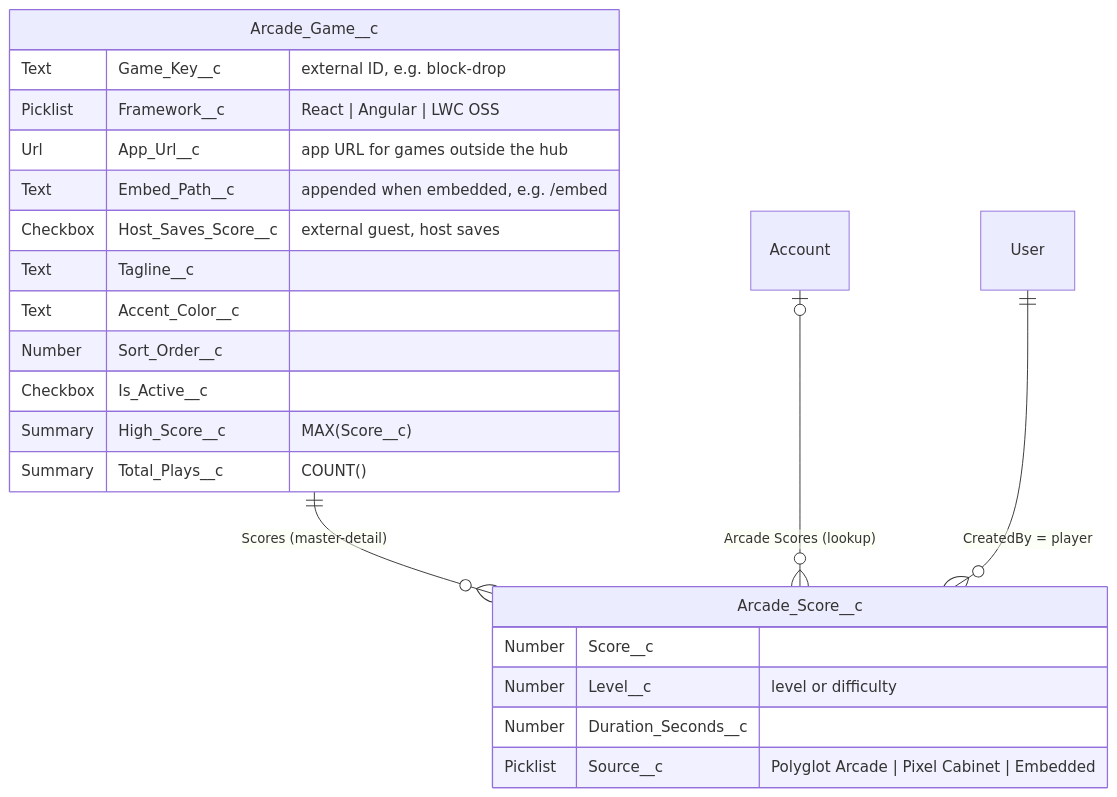
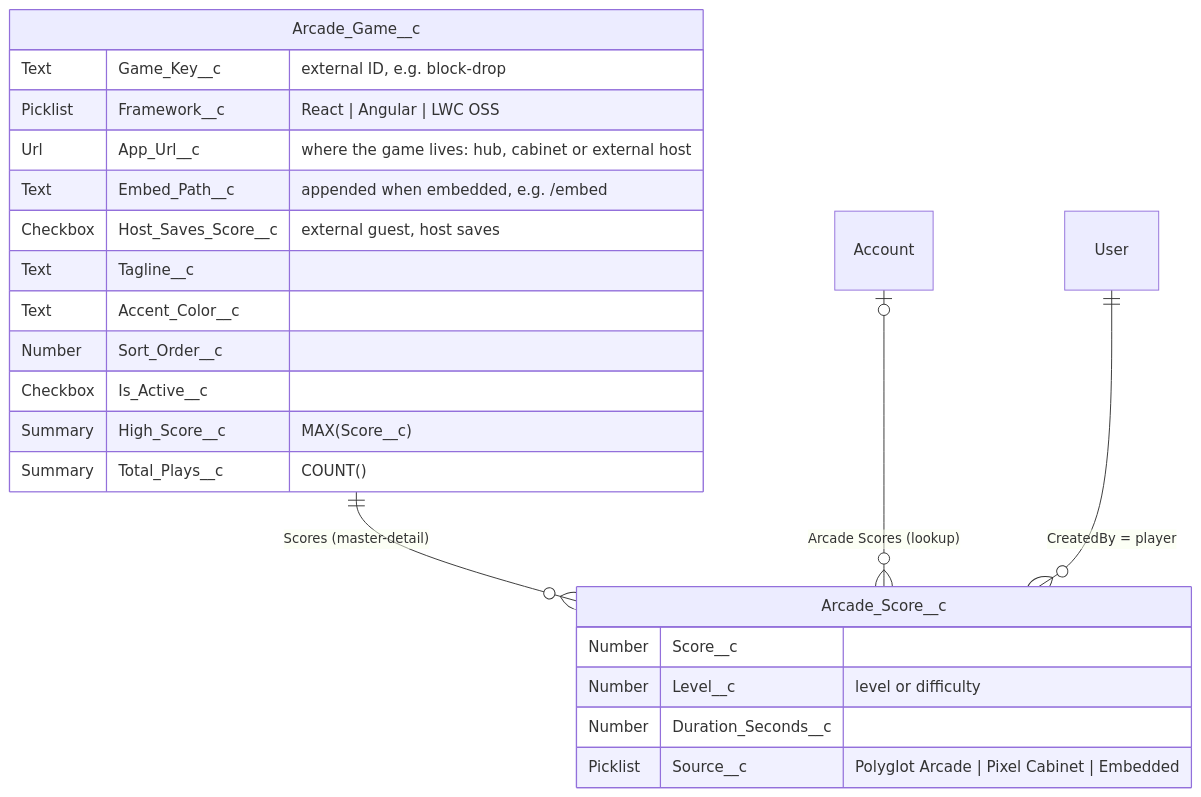
Before and after one commit to svierk/polyglot-arcade: the fourth of 4 diagrams in README.md, drawn with Mermaid. The commit also changed other lines of this file and 44 other files, not shown here.

````diff
--- a/README.md
+++ b/README.md
@@ -148,25 +161,25 @@
 ```mermaid
 erDiagram
     Arcade_Game__c ||--o{ Arcade_Score__c : "Scores (master-detail)"
     Account |o--o{ Arcade_Score__c : "Arcade Scores (lookup)"
     User ||--o{ Arcade_Score__c : "CreatedBy = player"
     Arcade_Game__c {
         Text Game_Key__c "external ID, e.g. block-drop"
         Picklist Framework__c "React | Angular | LWC OSS"
-        Url App_Url__c "app URL for games outside the hub"
+        Url App_Url__c "where the game lives: hub, cabinet or external host"
         Text Embed_Path__c "appended when embedded, e.g. /embed"
         Checkbox Host_Saves_Score__c "external guest, host saves"
         Text Tagline__c
         Text Accent_Color__c
         Number Sort_Order__c
         Checkbox Is_Active__c
         Summary High_Score__c "MAX(Score__c)"
         Summary Total_Plays__c "COUNT()"
     }
     Arcade_Score__c {
         Number Score__c
         Number Level__c "level or difficulty"
         Number Duration_Seconds__c
         Picklist Source__c "Polyglot Arcade | Pixel Cabinet | Embedded"
     }
 ```
````
